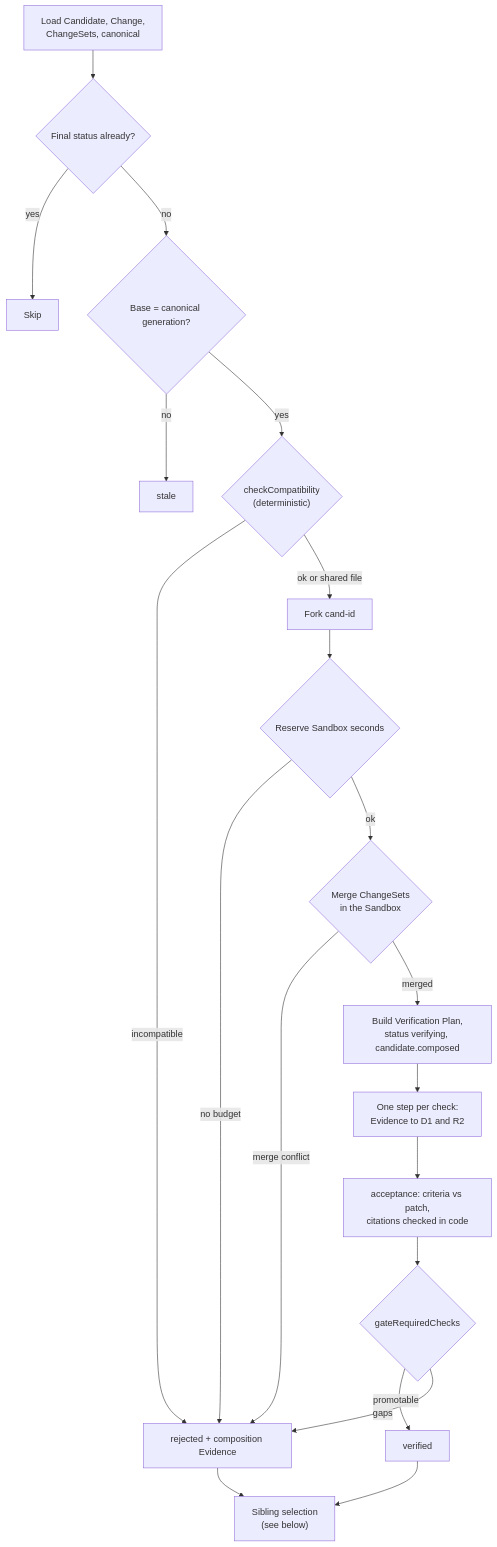
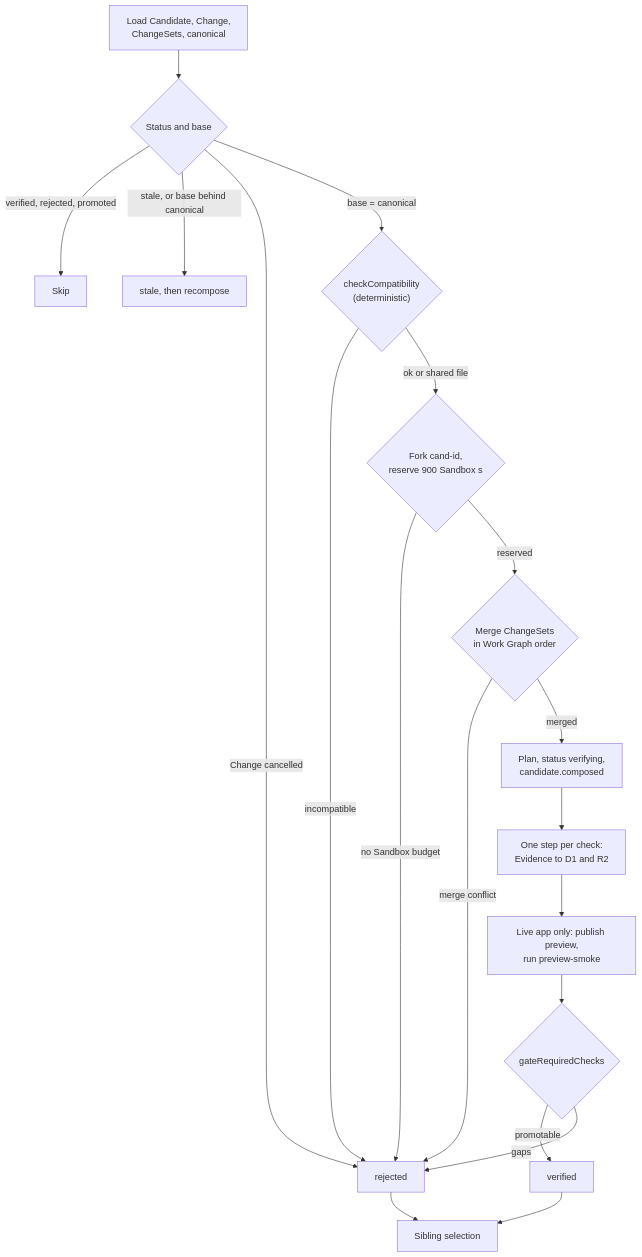
Before and after one commit to nsudhanva/rhumbatron: the fourth of 8 diagrams in docs/architecture/source-and-verification.md, drawn with Mermaid. The commit also changed other lines of this file and 47 other files, not shown here.

````diff
--- a/docs/architecture/source-and-verification.md
+++ b/docs/architecture/source-and-verification.md
@@ -134,22 +161,21 @@
 ```mermaid
 flowchart TB
-  L["Load Candidate, Change,<br/>ChangeSets, canonical"] --> F{"Final status already?"}
-  F -->|"yes"| SKIP["Skip"]
-  F -->|"no"| G{"Base = canonical generation?"}
-  G -->|"no"| ST["stale"]
-  G -->|"yes"| CC{"checkCompatibility<br/>(deterministic)"}
-  CC -->|"incompatible"| RJ["rejected + composition Evidence"]
-  CC -->|"ok or shared file"| FK["Fork cand-id"]
-  FK --> RS{"Reserve Sandbox seconds"}
-  RS -->|"no budget"| RJ
-  RS -->|"ok"| CM{"Merge ChangeSets<br/>in the Sandbox"}
+  L["Load Candidate, Change,<br/>ChangeSets, canonical"] --> F{"Status and base"}
+  F -->|"verified, rejected, promoted"| SKIP["Skip"]
+  F -->|"stale, or base behind canonical"| ST["stale, then recompose"]
+  F -->|"Change cancelled"| RJ["rejected"]
+  F -->|"base = canonical"| CC{"checkCompatibility<br/>(deterministic)"}
+  CC -->|"incompatible"| RJ
+  CC -->|"ok or shared file"| FK{"Fork cand-id,<br/>reserve 900 Sandbox s"}
+  FK -->|"no Sandbox budget"| RJ
+  FK -->|"reserved"| CM{"Merge ChangeSets<br/>in Work Graph order"}
   CM -->|"merge conflict"| RJ
-  CM -->|"merged"| PL["Build Verification Plan,<br/>status verifying, candidate.composed"]
+  CM -->|"merged"| PL["Plan, status verifying,<br/>candidate.composed"]
   PL --> CK["One step per check:<br/>Evidence to D1 and R2"]
-  CK --> AC["acceptance: criteria vs patch,<br/>citations checked in code"]
-  AC --> GT{"gateRequiredChecks"}
+  CK --> PV["Live app only: publish preview,<br/>run preview-smoke"]
+  PV --> GT{"gateRequiredChecks"}
   GT -->|"promotable"| VF["verified"]
   GT -->|"gaps"| RJ
-  VF --> SEL["Sibling selection<br/>(see below)"]
+  VF --> SEL["Sibling selection"]
   RJ --> SEL
 ```
````
